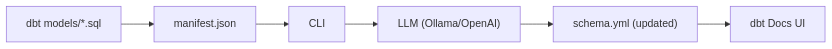
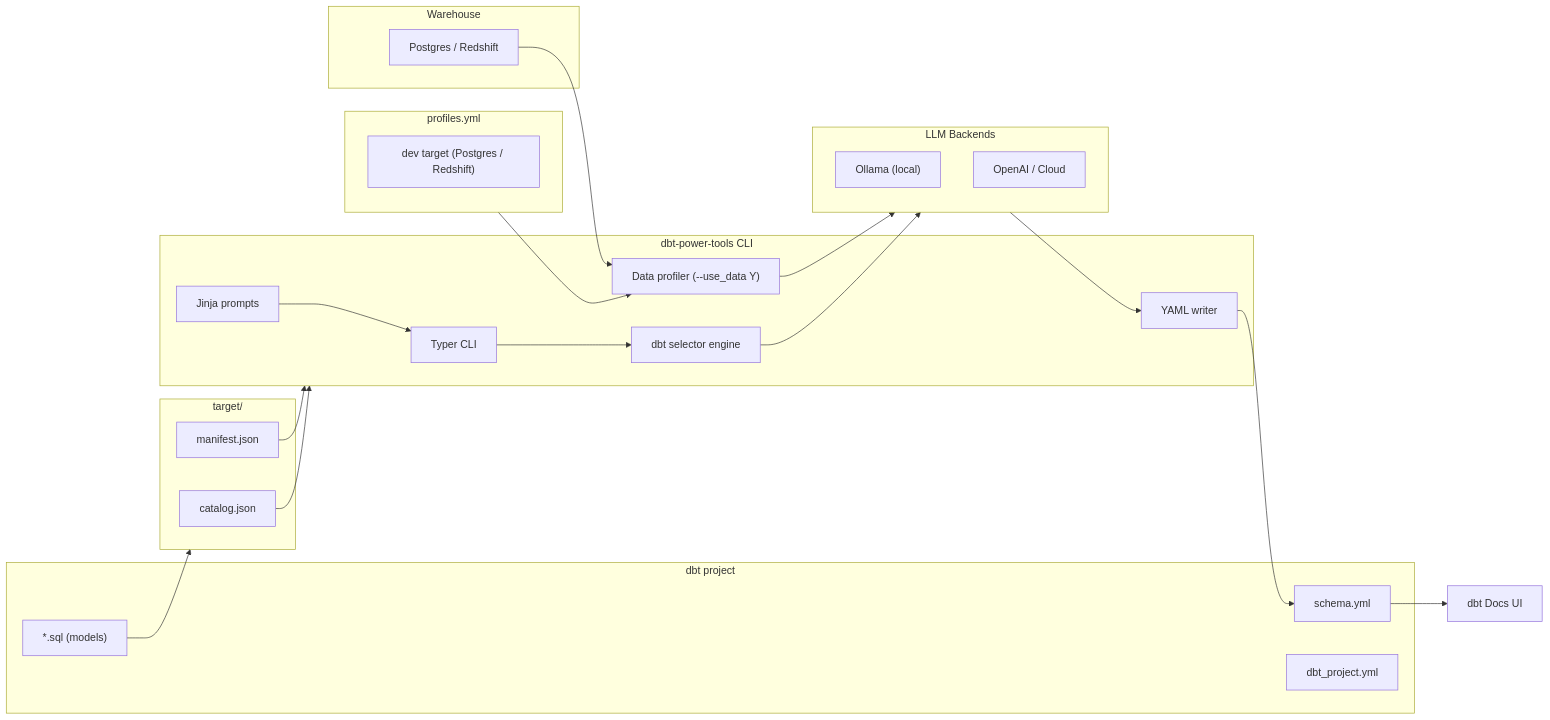
One commit to rahrajlat/air-labs changed the diagram in dbt_tools/README.md. Above: the diagram before and after it, drawn with Mermaid. The commit also changed other lines of this file, not shown here.

````diff
--- a/dbt_tools/README.md
+++ b/dbt_tools/README.md
@@ -69,8 +65,50 @@
 ```mermaid
 flowchart LR
-    A["dbt models/*.sql"] --> B["manifest.json"]
-    B --> C["CLI"]
-    C --> D["LLM (Ollama/OpenAI)"]
-    D --> E["schema.yml (updated)"]
-    E --> F["dbt Docs UI"]
+
+    subgraph DBT["dbt project"]
+        DbtModels["*.sql (models)"]
+        SchemaYml["schema.yml"]
+        DbtProjectYml["dbt_project.yml"]
+    end
+
+    subgraph Target["target/"]
+        Manifest["manifest.json"]
+        Catalog["catalog.json"]
+    end
+
+    subgraph Profiles["profiles.yml"]
+        ProfileDev["dev target (Postgres / Redshift)"]
+    end
+
+    subgraph CLI["dbt-power-tools CLI"]
+        TyperCLI["Typer CLI"]
+        Prompts["Jinja prompts"]
+        Selector["dbt selector engine"]
+        Profiler["Data profiler (--use_data Y)"]
+        Writer["YAML writer"]
+    end
+
+    subgraph LLM["LLM Backends"]
+        Ollama["Ollama (local)"]
+        OpenAI["OpenAI / Cloud"]
+    end
+
+    subgraph Warehouse["Warehouse"]
+        DB["Postgres / Redshift"]
+    end
+
+    DbtModels --> Target
+    Manifest --> CLI
+    Catalog --> CLI
+    Profiles --> Profiler
+    DB --> Profiler
+
+    Prompts --> TyperCLI
+    TyperCLI --> Selector
+    Selector --> LLM
+    Profiler --> LLM
+    LLM --> Writer
+    Writer --> SchemaYml
+    SchemaYml --> Docs["dbt Docs UI"]
+
 ```
````
